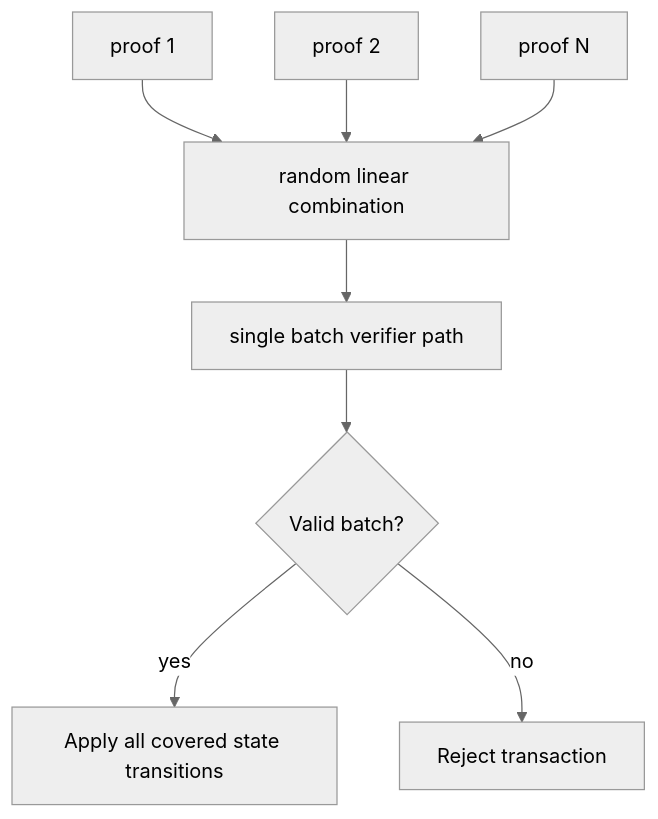
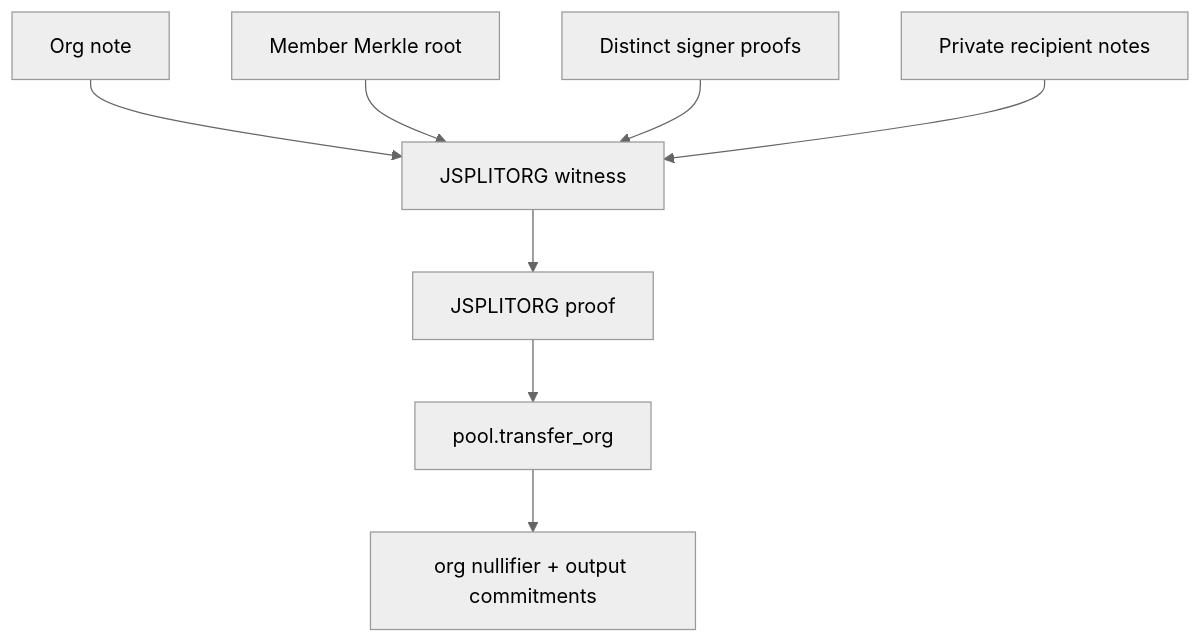
The tenth of 17 diagrams in README.md (akash-mondal/benzo), drawn with Mermaid (neutral theme) before and after one commit. The commit also changed other lines of this file, not shown here.

````diff
--- a/README.md
+++ b/README.md
@@ -464,10 +271,10 @@
 ```mermaid
 flowchart TD
-  P1["proof 1"] --> Batch["random linear combination"]
-  P2["proof 2"] --> Batch
-  P3["proof N"] --> Batch
-  Batch --> Pairing["single batch verifier path"]
-  Pairing --> Result{Valid batch?}
-  Result -->|yes| Settle["Apply all covered state transitions"]
-  Result -->|no| Reject["Reject transaction"]
+  OrgNote["Org note"] --> Witness["JSPLITORG witness"]
+  Members["Member Merkle root"] --> Witness
+  Signatures["Distinct signer proofs"] --> Witness
+  Outputs["Private recipient notes"] --> Witness
+  Witness --> Proof["JSPLITORG proof"]
+  Proof --> Pool["pool.transfer_org"]
+  Pool --> State["org nullifier + output commitments"]
 ```
````
